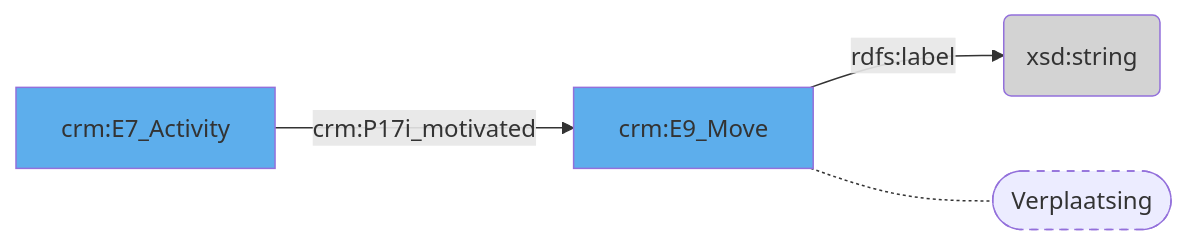
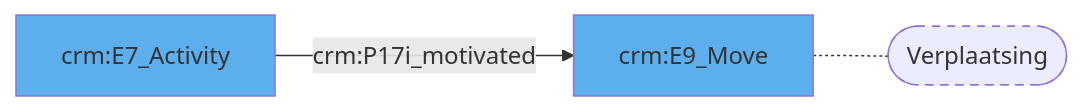
One commit to digipolisantwerpdocumentation/antwerp-cultureel-erfgoed changed the diagram in docs/content/modellen/LoanIn/Verplaatsing.md. Above: the diagram before and after it, drawn with Mermaid. The commit also changed 170 other files, not shown here.

````diff
--- a/docs/content/modellen/LoanIn/Verplaatsing.md
+++ b/docs/content/modellen/LoanIn/Verplaatsing.md
@@ -1,10 +1,8 @@
 ```mermaid
 graph LR
-20f53b6b-cf25-11ee-ac9b-960002548b4f["crm:E9_Move"]-->|"rdfs:label"|c868f461-edce-11ee-88e3-960002548b4f(xsd:string)
-c585cc26-cc05-11ee-876f-960002548b4f["crm:E7_Activity"]-->|"crm:P17i_motivated"|20f53b6b-cf25-11ee-ac9b-960002548b4f["crm:E9_Move"]
-20f53b6b-cf25-11ee-ac9b-960002548b4f["crm:E9_Move"]-.-20f53b6b-cf25-11ee-ac9b-960002548b4f_s(["Verplaatsing"])
-style 20f53b6b-cf25-11ee-ac9b-960002548b4f_s stroke-dasharray: 5
 style 20f53b6b-cf25-11ee-ac9b-960002548b4f fill:#5DAEEC
 style c585cc26-cc05-11ee-876f-960002548b4f fill:#5DAEEC
-style c868f461-edce-11ee-88e3-960002548b4f fill:#D3D3D3
+c585cc26-cc05-11ee-876f-960002548b4f["crm:E7_Activity"]-->|"crm:P17i_motivated"|20f53b6b-cf25-11ee-ac9b-960002548b4f["crm:E9_Move"]
+style 20f53b6b-cf25-11ee-ac9b-960002548b4f_s stroke-dasharray: 5
+20f53b6b-cf25-11ee-ac9b-960002548b4f["crm:E9_Move"]-.-20f53b6b-cf25-11ee-ac9b-960002548b4f_s(["Verplaatsing"])
 ```
````
